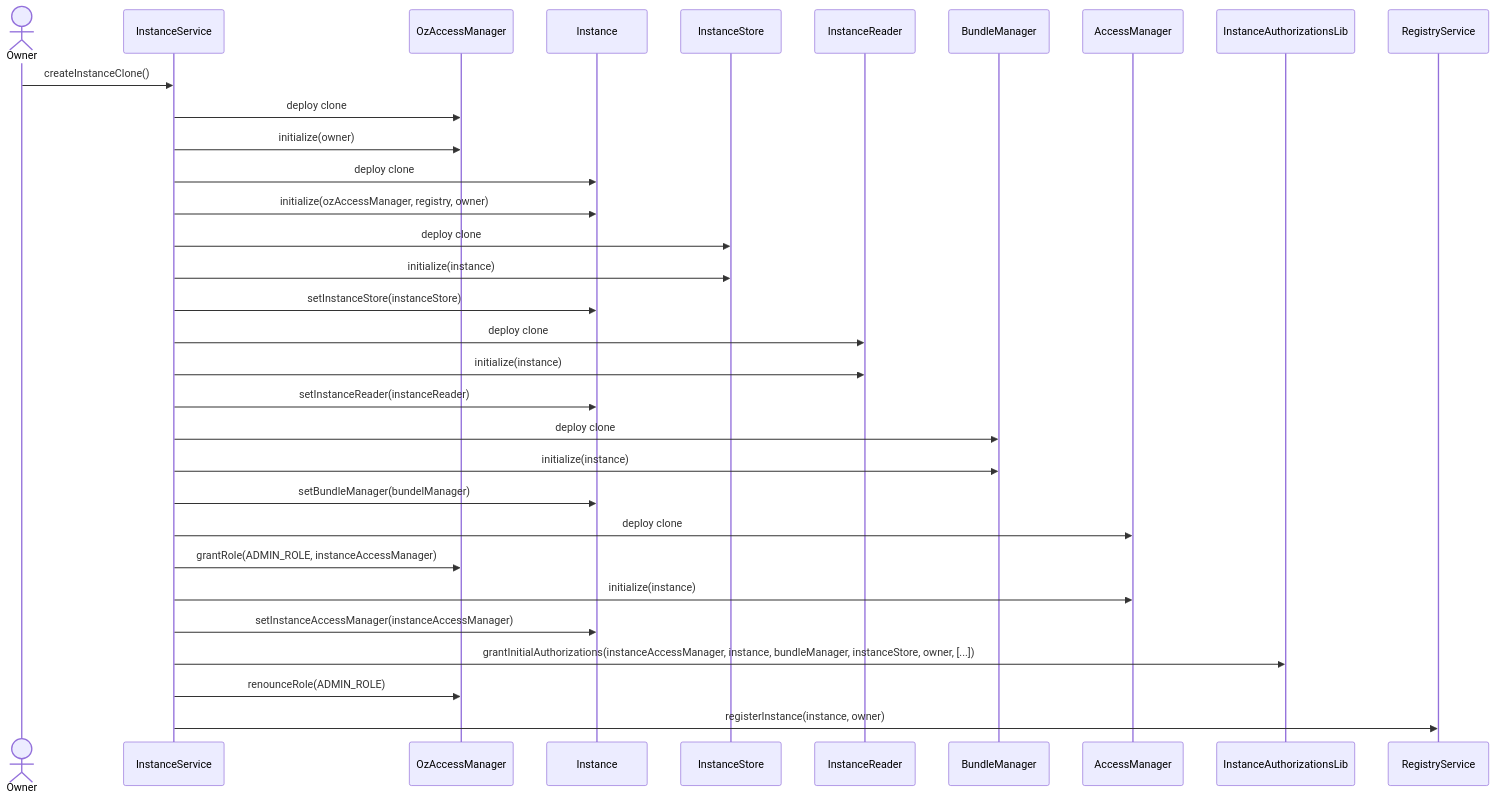
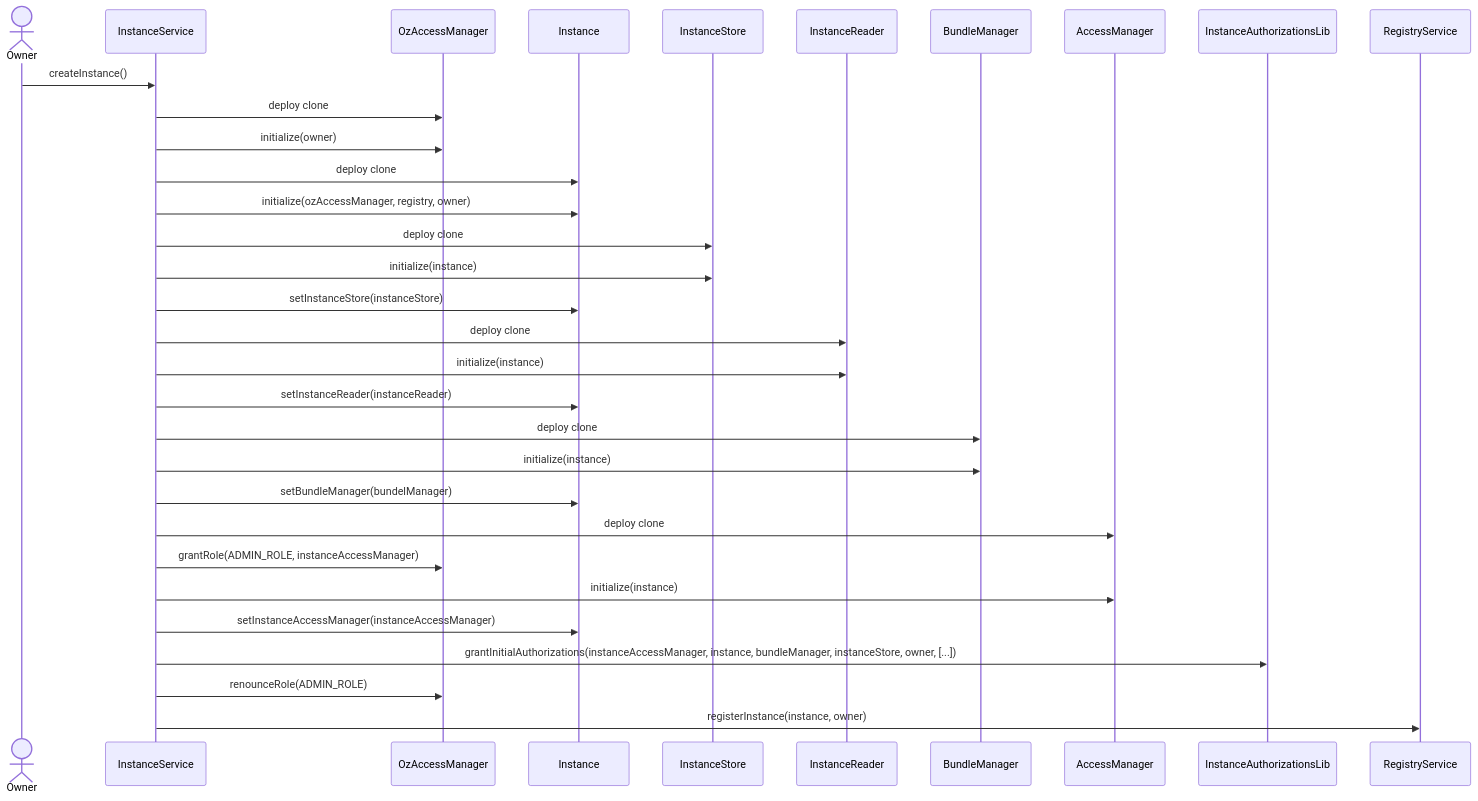
Before and after one commit to etherisc/gif-next: the diagram in docs_manual/instance.md, drawn with Mermaid. The commit also changed 4 other files, not shown here.

Commit message:
refactor: rename createInstanceClone to createInstance (closes #440)

````diff
--- a/docs_manual/instance.md
+++ b/docs_manual/instance.md
@@ -5,35 +5,35 @@
 ```mermaid
 sequenceDiagram
     actor O as Owner
     participant IS as InstanceService
     participant OAM as OzAccessManager
     participant I as Instance
     participant IST as InstanceStore
     participant IR as InstanceReader
     participant BM as BundleManager
     participant IAM as AccessManager
     participant IAL as InstanceAuthorizationsLib
     participant RS as RegistryService
     
-    O ->> IS: createInstanceClone()
+    O ->> IS: createInstance()
     IS ->> OAM: deploy clone
     IS ->> OAM: initialize(owner)
     IS ->> I: deploy clone
     IS ->> I: initialize(ozAccessManager, registry, owner) 
     IS ->> IST: deploy clone 
     IS ->> IST: initialize(instance)
     IS ->> I: setInstanceStore(instanceStore)
     IS ->> IR: deploy clone 
     IS ->> IR: initialize(instance)
     IS ->> I: setInstanceReader(instanceReader)
     IS ->> BM: deploy clone 
     IS ->> BM: initialize(instance)
     IS ->> I: setBundleManager(bundelManager)
     IS ->> IAM: deploy clone
     IS ->> OAM: grantRole(ADMIN_ROLE, instanceAccessManager)
     IS ->> IAM: initialize(instance)
     IS ->> I: setInstanceAccessManager(instanceAccessManager)
     IS ->> IAL: grantInitialAuthorizations(instanceAccessManager, instance, bundleManager, instanceStore, owner, [...])
     IS ->> OAM: renounceRole(ADMIN_ROLE)
     IS ->> RS: registerInstance(instance, owner)
 ```
````
